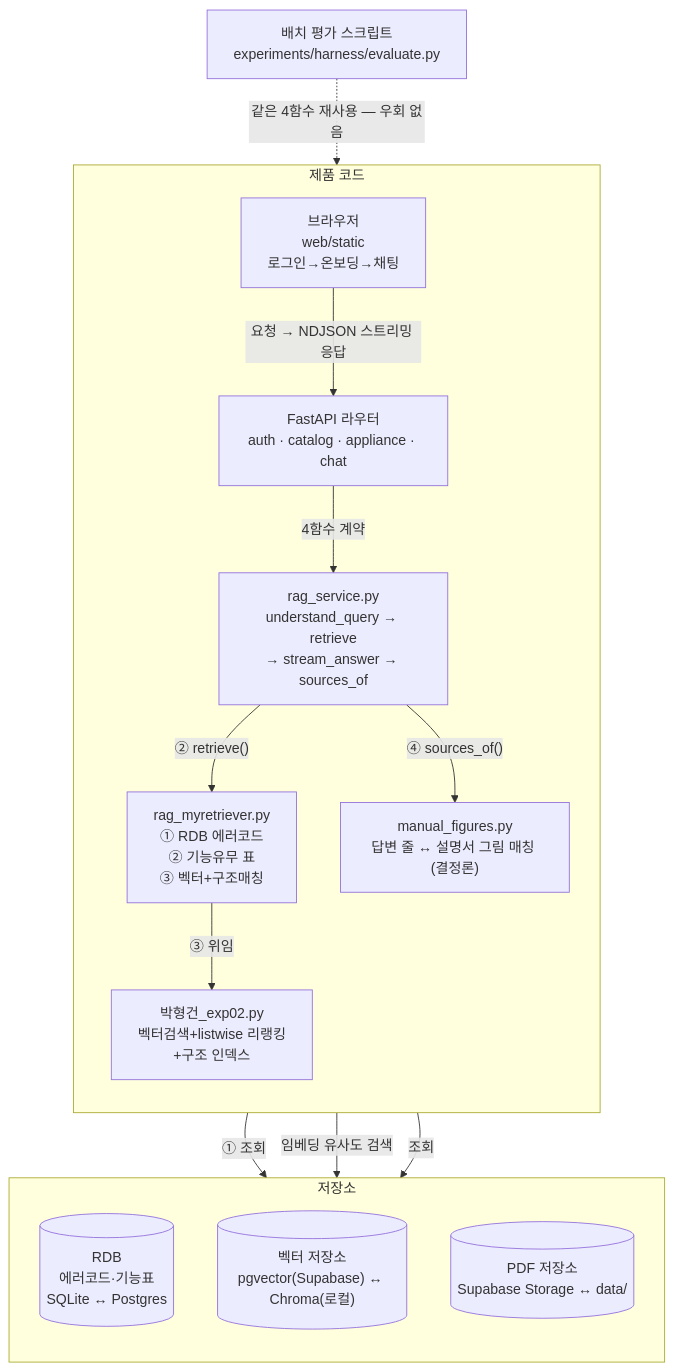
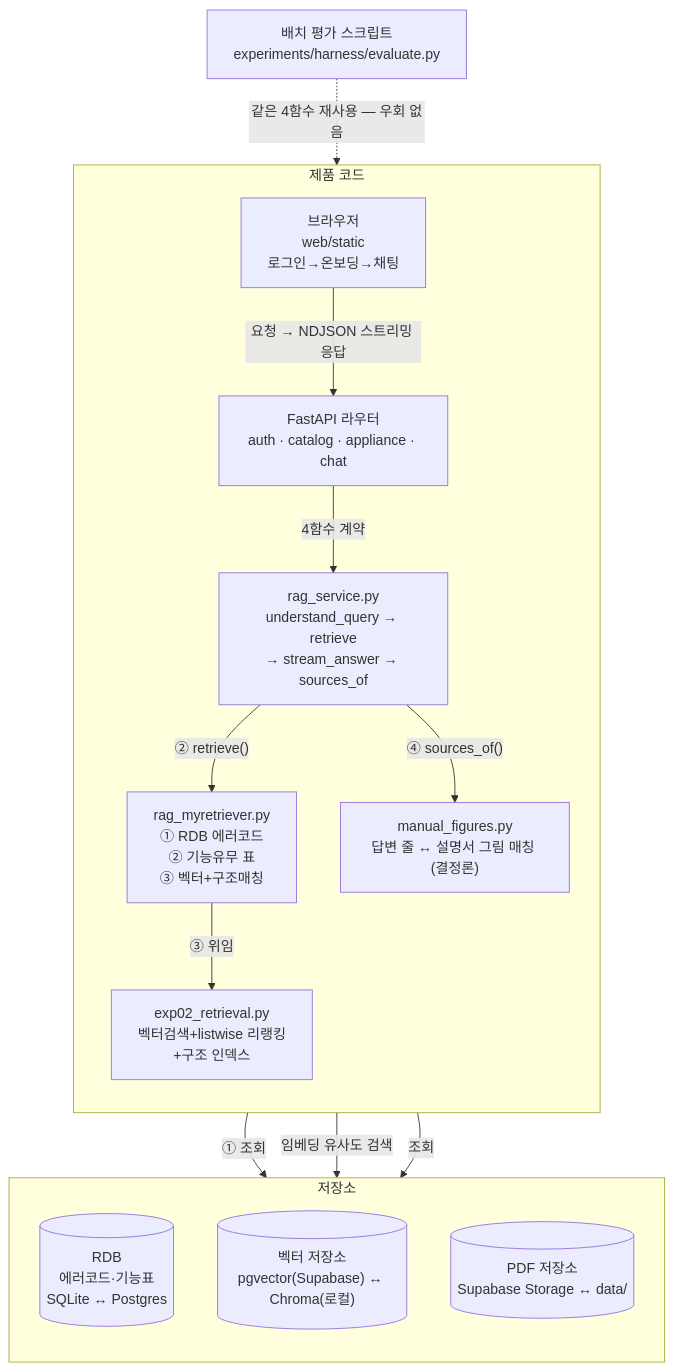
The first of 2 diagrams in docs/03-architecture.md (Broogun/ask-my-appliance), drawn with Mermaid before and after one commit. The commit also changed 43 other files, not shown here.

````diff
--- a/docs/03-architecture.md
+++ b/docs/03-architecture.md
@@ -5,27 +5,27 @@
 ```mermaid
 flowchart TD
     subgraph PROD["제품 코드"]
         direction TB
         FE["브라우저<br/>web/static<br/>로그인→온보딩→채팅"]
         RT["FastAPI 라우터<br/>auth · catalog · appliance · chat"]
         RS["rag_service.py<br/>understand_query → retrieve<br/>→ stream_answer → sources_of"]
         RV["rag_myretriever.py<br/>① RDB 에러코드<br/>② 기능유무 표<br/>③ 벡터+구조매칭"]
-        EXP["박형건_exp02.py<br/>벡터검색+listwise 리랭킹<br/>+구조 인덱스"]
+        EXP["exp02_retrieval.py<br/>벡터검색+listwise 리랭킹<br/>+구조 인덱스"]
         FG["manual_figures.py<br/>답변 줄 ↔ 설명서 그림 매칭 (결정론)"]
         FE -->|"요청 → NDJSON 스트리밍 응답"| RT
         RT -->|"4함수 계약"| RS
         RS -->|"② retrieve()"| RV
         RV -->|"③ 위임"| EXP
         RS -->|"④ sources_of()"| FG
     end
     subgraph STORE["저장소"]
         direction TB
         RDB[("RDB<br/>에러코드·기능표<br/>SQLite ↔ Postgres")]
         VEC[("벡터 저장소<br/>pgvector(Supabase) ↔ Chroma(로컬)")]
         PDF[("PDF 저장소<br/>Supabase Storage ↔ data/")]
     end
     RV -->|"① 조회"| RDB
     EXP -->|"임베딩 유사도 검색"| VEC
     FG -->|"조회"| PDF
     EVAL["배치 평가 스크립트<br/>experiments/harness/evaluate.py"] -.->|"같은 4함수 재사용 — 우회 없음"| RS
 ```
````
